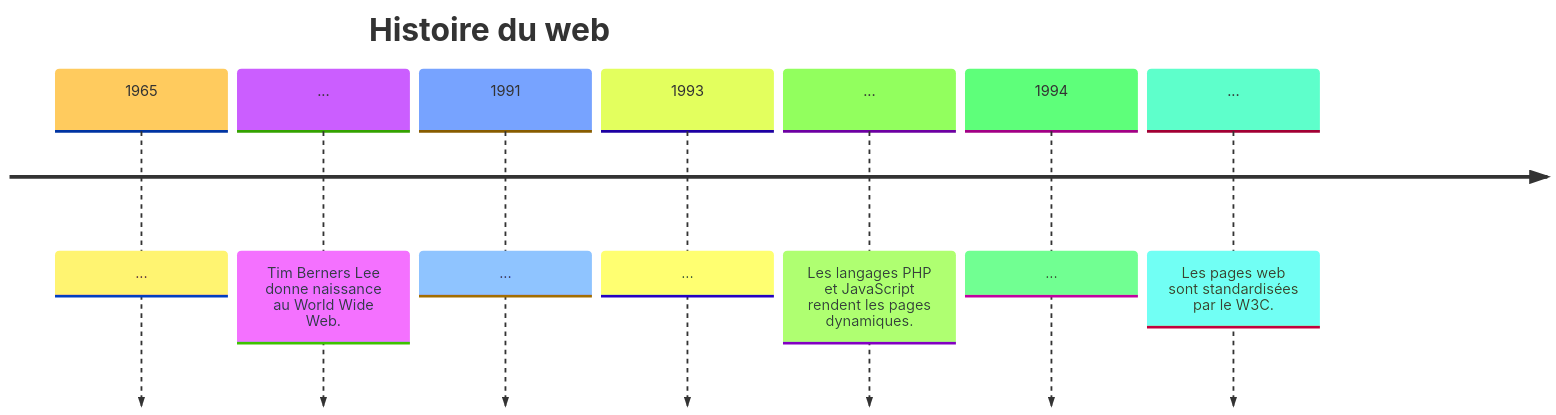
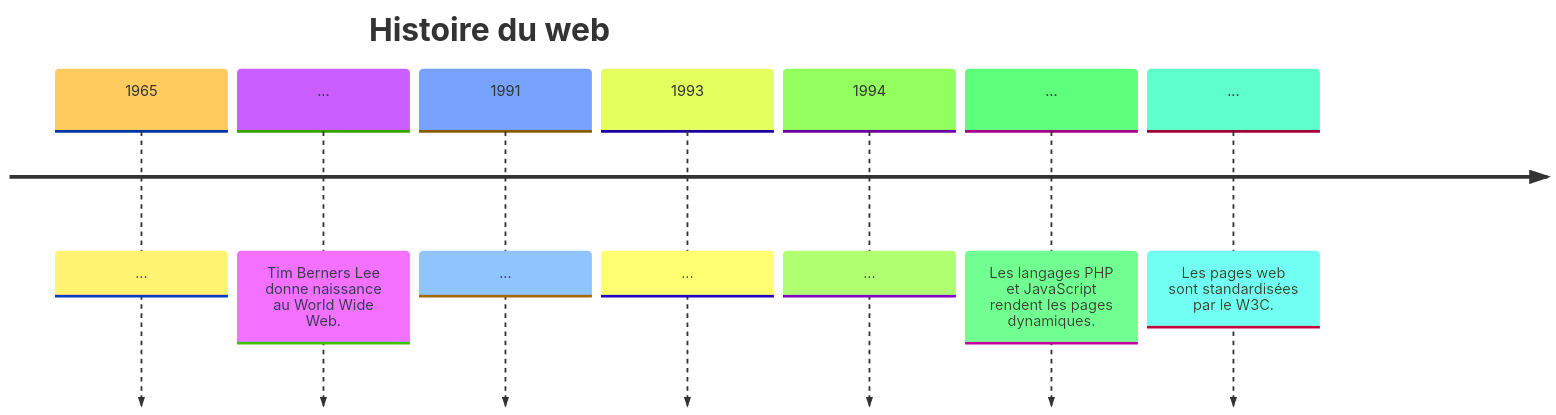
One commit to boddaert/snt changed the diagram in seconde/Web/Reperes_historiques.md. Above: the diagram before and after it, drawn with Mermaid. The commit also changed other lines of this file and 1 other file, not shown here.

````diff
--- a/seconde/Web/Reperes_historiques.md
+++ b/seconde/Web/Reperes_historiques.md
@@ -13,12 +13,12 @@
 ```mermaid
 %%{init: { 'logLevel': 'debug', 'theme': 'base' } }%%
     timeline
         title Histoire du web
           1965 : ...
           ... : Tim Berners Lee donne naissance au World Wide Web.
           1991 : ...
           1993 : ...
+          1994 : ...
           ... : Les langages PHP et JavaScript rendent les pages dynamiques.
-          1994 : ...
           ... : Les pages web sont standardisées par le W3C.
 ```
````
